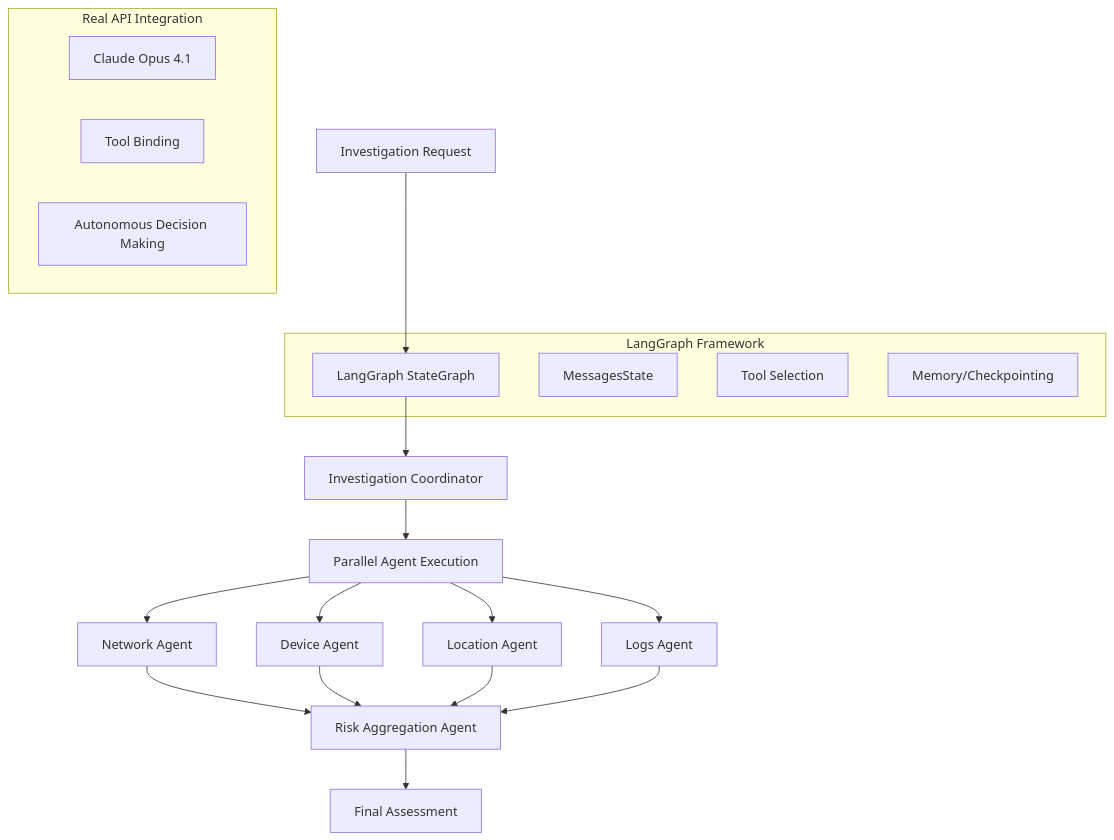
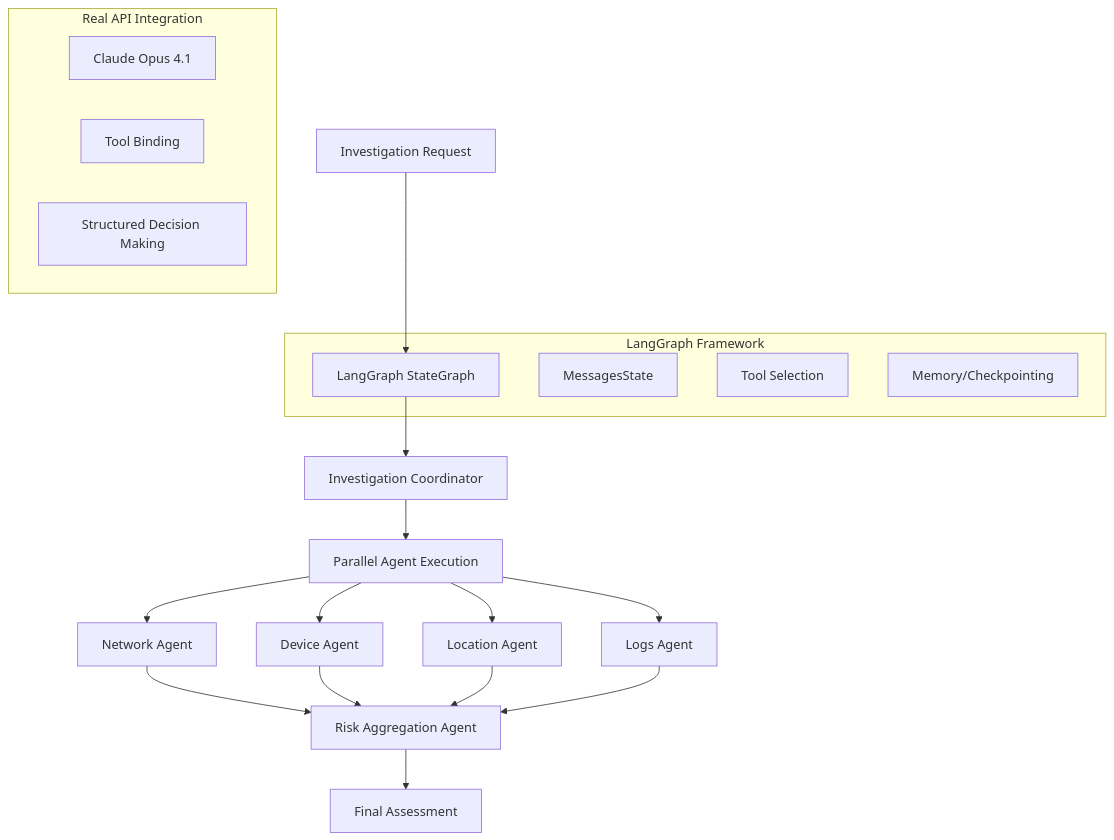
Before and after one commit to Olorin-ai-git/Bayit-Plus: the diagram in olorin-server/docs/architecture/agent_architecture_analysis.md, drawn with Mermaid. The commit also changed other lines of this file and 703 other files, not shown here.

````diff
--- a/olorin-server/docs/architecture/agent_architecture_analysis.md
+++ b/olorin-server/docs/architecture/agent_architecture_analysis.md
@@ -19,31 +19,31 @@
 ```mermaid
 graph TB
     A[Investigation Request] --> B[LangGraph StateGraph]
     B --> C[Investigation Coordinator]
     C --> D[Parallel Agent Execution]
     
     D --> E[Network Agent]
     D --> F[Device Agent] 
     D --> G[Location Agent]
     D --> H[Logs Agent]
     
     E --> I[Risk Aggregation Agent]
     F --> I
     G --> I
     H --> I
     
     I --> J[Final Assessment]
     
     subgraph "LangGraph Framework"
         B
         K[MessagesState]
         L[Tool Selection]
         M[Memory/Checkpointing]
     end
     
     subgraph "Real API Integration"
         N[Claude Opus 4.1]
         O[Tool Binding]
-        P[Autonomous Decision Making]
+        P[Structured Decision Making]
     end
 ```
````
